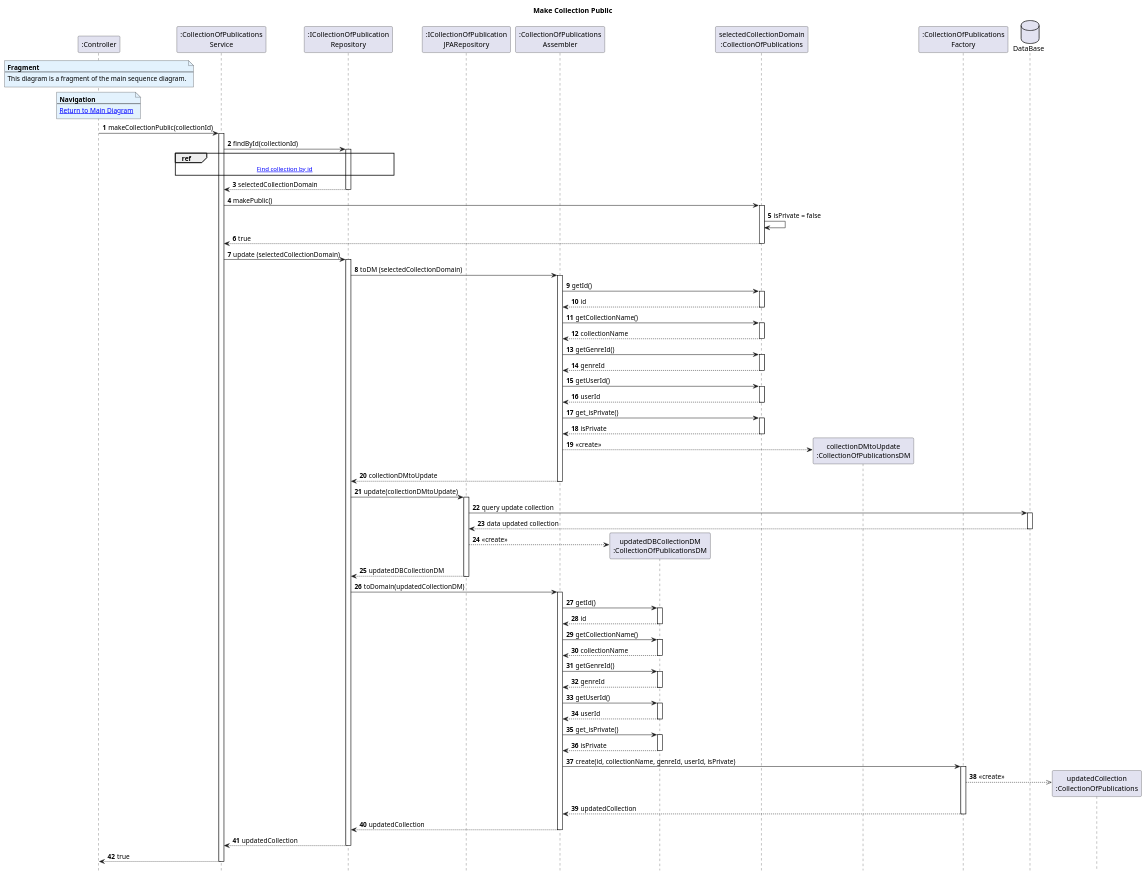
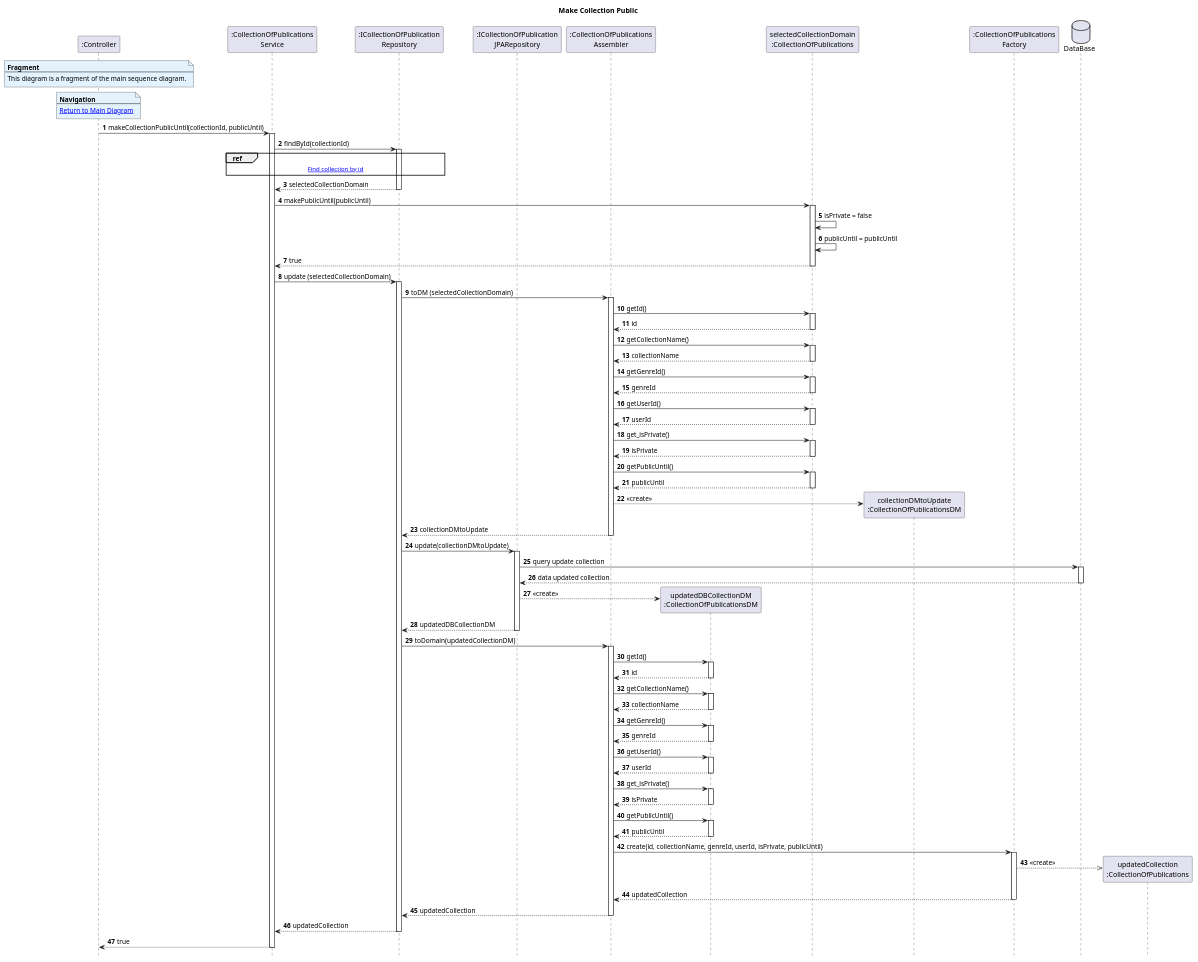
One commit to AndrePereiraGitH/SWitCH-Project-Team_A changed the diagram in Diagrams/SequenceDiagrams/N2/To-publicly-share-collection-of-publications/5.Make-collection-public.puml. Above: the diagram before and after it, drawn with PlantUML. The commit also changed 1 other file, not shown here.

Commit message:
docs #770 : update diagrams to reflec the new functionality, To define for how long a publication will be shared

```diff
--- a/Diagrams/SequenceDiagrams/N2/To-publicly-share-collection-of-publications/5.Make-collection-public.puml
+++ b/Diagrams/SequenceDiagrams/N2/To-publicly-share-collection-of-publications/5.Make-collection-public.puml
@@ -21,9 +21,6 @@
 
 participant ":CollectionOfPublications\nFactory" as collectionsFactory
 
-
-
-
 database DataBase as db
 
 participant "updatedCollection\n:CollectionOfPublications" as updatedCollection
@@ -40,7 +37,7 @@
 [[Main-diagram-To-publicly-share-a-list.puml Return to Main Diagram]]
 end note
 
-Controller -> service : makeCollectionPublic(collectionId)
+Controller -> service : makeCollectionPublicUntil(collectionId, publicUntil)
 activate service
 
 ' ------------------------------------------------------------
@@ -54,59 +51,6 @@
 [[4.Find-collection-by-id.puml Find collection by id]]
 end ref
 
-
-
-/'
-CollectionRepository -> collectionRepositoryJPA : findById(collectionId)
-activate collectionRepositoryJPA
-collectionRepositoryJPA -> db : query find by id
-activate db
-db --> collectionRepositoryJPA : collection data
-deactivate db
-collectionRepositoryJPA --> collectionDM** : <<create>>
-collectionRepositoryJPA --> CollectionRepository : collectionDM
-deactivate collectionRepositoryJPA
-
-' -------------- CONVERT COLLECTION TO DOMAIN
-CollectionRepository -> collectionAssembler : toDomain(collectionDM)
-activate collectionAssembler
-
-
-collectionAssembler -> collectionDM : getId()
-activate collectionDM
-collectionDM --> collectionAssembler : id
-deactivate collectionDM
-
-collectionAssembler -> collectionDM : getCollectionName()
-activate collectionDM
-collectionDM --> collectionAssembler : collectionName
-deactivate collectionDM
-
-collectionAssembler -> collectionDM : getGenreId()
-activate collectionDM
-collectionDM --> collectionAssembler : genreId
-deactivate collectionDM
-
-collectionAssembler -> collectionDM : getUserId()
-activate collectionDM
-collectionDM --> collectionAssembler : userId
-deactivate collectionDM
-
-collectionAssembler -> collectionDM : get_isPrivate()
-activate collectionDM
-collectionDM --> collectionAssembler : isPrivate
-deactivate collectionDM
-
-collectionAssembler -> collectionsFactory : create(id, collectionNAme, genreId, userId, isPrivate)
-activate collectionsFactory
-collectionsFactory -->>  selectedCollectionDomain ** : <<create>>
-collectionsFactory --> collectionAssembler : selectedCollectionDomain
-deactivate collectionsFactory
-
-
-collectionAssembler --> CollectionRepository : selectedCollectionDomain
-deactivate collectionAssembler
-'/
 CollectionRepository --> service : selectedCollectionDomain
 deactivate CollectionRepository
 
@@ -114,9 +58,10 @@
 ' -----------  MAKE COLLECTION PUBLIC ------------------------
 ' ------------------------------------------------------------
 
-service -> selectedCollectionDomain : makePublic()
+service -> selectedCollectionDomain : makePublicUntil(publicUntil)
 activate selectedCollectionDomain
 selectedCollectionDomain -> selectedCollectionDomain : isPrivate = false
+selectedCollectionDomain -> selectedCollectionDomain : publicUntil = publicUntil
 selectedCollectionDomain --> service : true
 deactivate selectedCollectionDomain
 
@@ -155,6 +100,11 @@
 collectionAssembler -> selectedCollectionDomain : get_isPrivate()
 activate selectedCollectionDomain
 selectedCollectionDomain --> collectionAssembler : isPrivate
+deactivate selectedCollectionDomain
+
+collectionAssembler -> selectedCollectionDomain : getPublicUntil()
+activate selectedCollectionDomain
+selectedCollectionDomain --> collectionAssembler : publicUntil
 deactivate selectedCollectionDomain
 
 collectionAssembler --> collectionDMtoUpdate** : <<create>>
@@ -205,7 +155,12 @@
 updatedDBCollectionDM --> collectionAssembler : isPrivate
 deactivate updatedDBCollectionDM
 
-collectionAssembler -> collectionsFactory : create(id, collectionName, genreId, userId, isPrivate)
+collectionAssembler -> updatedDBCollectionDM : getPublicUntil()
+activate updatedDBCollectionDM
+updatedDBCollectionDM --> collectionAssembler : publicUntil
+deactivate updatedDBCollectionDM
+
+collectionAssembler -> collectionsFactory : create(id, collectionName, genreId, userId, isPrivate, publicUntil)
 activate collectionsFactory
 collectionsFactory -->> updatedCollection** : <<create>>
 collectionsFactory --> collectionAssembler : updatedCollection
```
